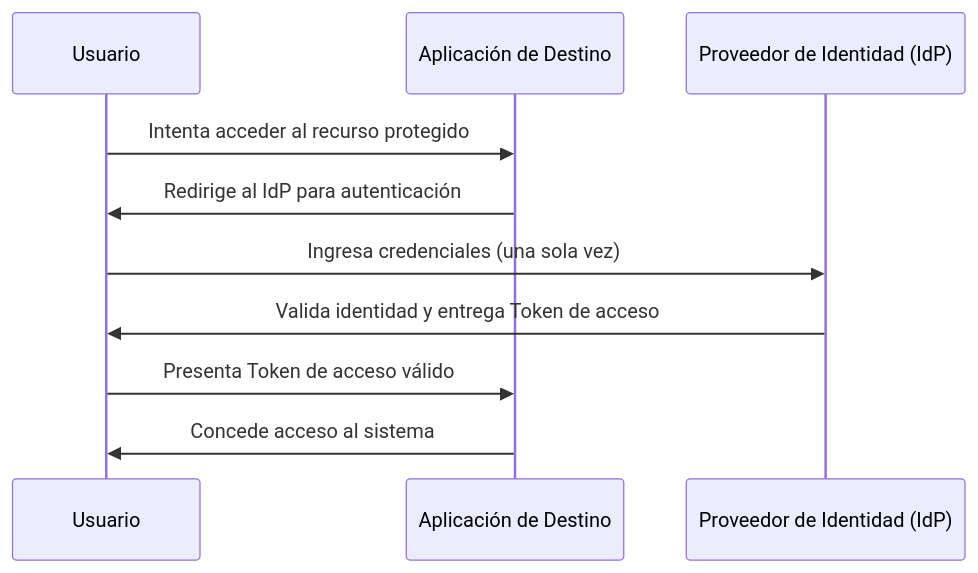
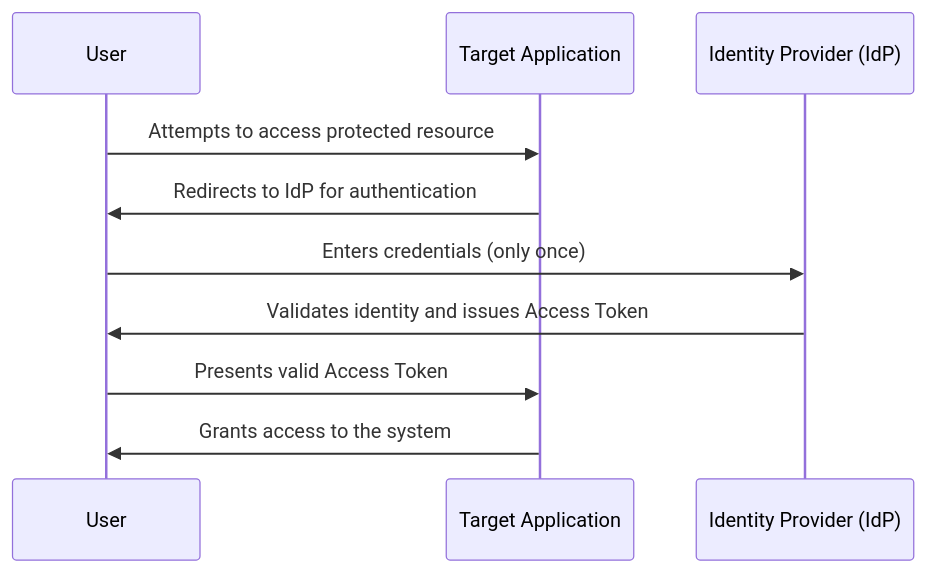
The diagram in study-guides/IAM-Architecture-Guide/README.md (quinterocastillodaniel3-alt/cybersecurity-portfolio), drawn with Mermaid before and after one commit. The commit also changed other lines of this file, not shown here.

````diff
--- a/study-guides/IAM-Architecture-Guide/README.md
+++ b/study-guides/IAM-Architecture-Guide/README.md
@@ -43,13 +43,13 @@
 ```mermaid
 sequenceDiagram
-    participant Usuario
-    participant App_Destino as Aplicación de Destino
-    participant Proveedor_Identidad as Proveedor de Identidad (IdP)
+    participant User
+    participant Target_App as Target Application
+    participant Identity_Provider as Identity Provider (IdP)
     
-    Usuario->>App_Destino: Intenta acceder al recurso protegido
-    App_Destino->>Usuario: Redirige al IdP para autenticación
-    Usuario->>Proveedor_Identidad: Ingresa credenciales (una sola vez)
-    Proveedor_Identidad->>Usuario: Valida identidad y entrega Token de acceso
-    Usuario->>App_Destino: Presenta Token de acceso válido
-    App_Destino->>Usuario: Concede acceso al sistema
+    User->>Target_App: Attempts to access protected resource
+    Target_App->>User: Redirects to IdP for authentication
+    User->>Identity_Provider: Enters credentials (only once)
+    Identity_Provider->>User: Validates identity and issues Access Token
+    User->>Target_App: Presents valid Access Token
+    Target_App->>User: Grants access to the system
 ```
````
